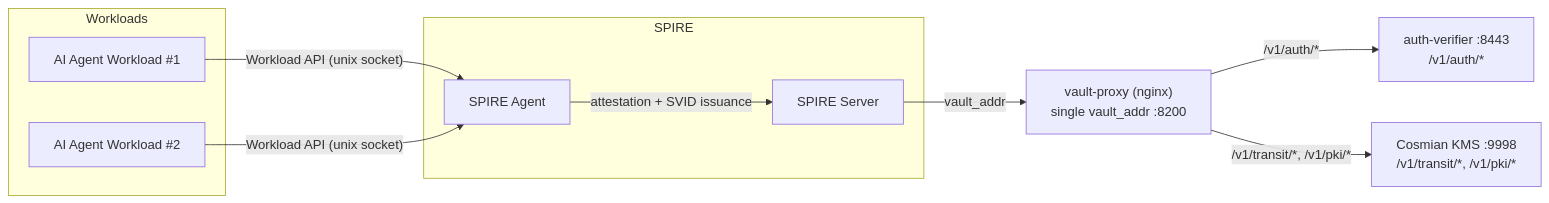
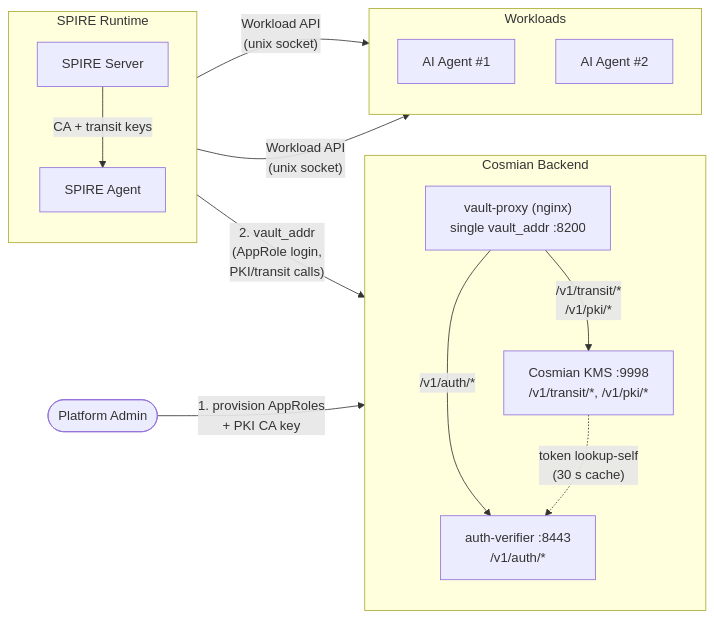
Before and after one commit to Cosmian/kms: the second of 7 diagrams in documentation/docs/integrations/spire_spiffe.md, drawn with Mermaid. The commit also changed other lines of this file and 1 other file, not shown here.

First line of the commit message:
docs: remove HashiCorp trademark language from SPIRE integration docs

````diff
--- a/documentation/docs/integrations/spire_spiffe.md
+++ b/documentation/docs/integrations/spire_spiffe.md
@@ -81,21 +83,29 @@
 ```mermaid
 flowchart LR
-    subgraph SPIRE
+    subgraph Cosmian ["Cosmian Backend"]
+        direction TB
+        Proxy["vault-proxy (nginx)\nsingle vault_addr :8200"]
+        AuthV["auth-verifier :8443\n/v1/auth/*"]
+        KMS["Cosmian KMS :9998\n/v1/transit/*, /v1/pki/*"]
+        Proxy -- "/v1/auth/*" --> AuthV
+        Proxy -- "/v1/transit/*\n/v1/pki/*" --> KMS
+        KMS -. "token lookup-self\n(30 s cache)" .-> AuthV
+    end
+    subgraph SPIRE ["SPIRE Runtime"]
+        direction TB
         SS[SPIRE Server]
         SA[SPIRE Agent]
+        SS -- "CA + transit keys" --> SA
     end
-    subgraph Workloads
-        MA1[AI Agent Workload #1]
-        MA2[AI Agent Workload #2]
+    subgraph Workloads ["Workloads"]
+        direction TB
+        MA1[AI Agent #1]
+        MA2[AI Agent #2]
     end
-    Proxy["vault-proxy (nginx)<br/>single vault_addr :8200"]
-    AuthV["auth-verifier :8443<br/>/v1/auth/*"]
-    KMS["Cosmian KMS :9998<br/>/v1/transit/*, /v1/pki/*"]
 
-    SS -- "vault_addr" --> Proxy
-    Proxy -- "/v1/auth/*" --> AuthV
-    Proxy -- "/v1/transit/*, /v1/pki/*" --> KMS
-    SA -- "attestation + SVID issuance" --> SS
-    MA1 -- "Workload API (unix socket)" --> SA
-    MA2 -- "Workload API (unix socket)" --> SA
+    Admin(["Platform Admin"])
+    Admin -- "1. provision AppRoles\n+ PKI CA key" --> Cosmian
+    SS -- "2. vault_addr\n(AppRole login,\nPKI/transit calls)" --> Proxy
+    SA -- "Workload API\n(unix socket)" --> MA1
+    SA -- "Workload API\n(unix socket)" --> MA2
 ```
````
